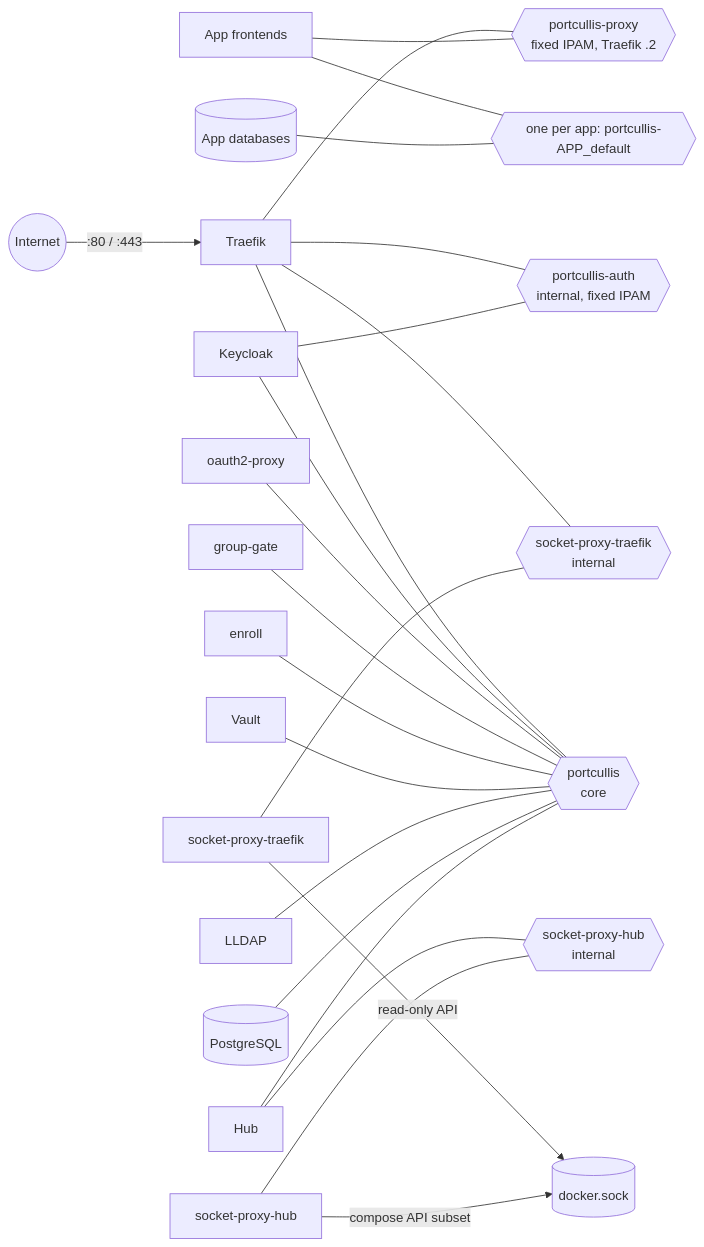
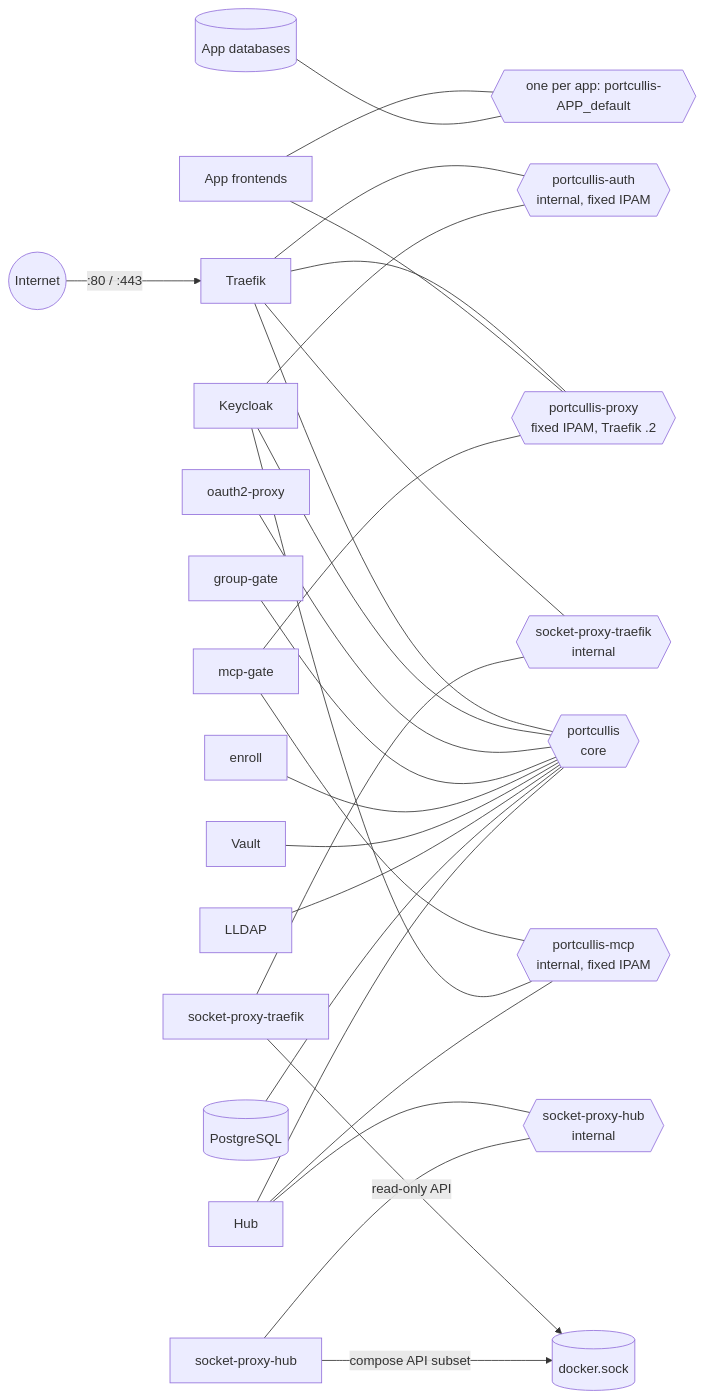
Before and after one commit to porelli/portcullis-docs: the diagram in docs/operations/hardening.md, drawn with Mermaid. The commit also changed other lines of this file and 74 other files, not shown here.

````diff
--- a/docs/operations/hardening.md
+++ b/docs/operations/hardening.md
@@ -107,32 +109,37 @@
 ```mermaid
 graph LR
     Internet((Internet)) -->|:80 / :443| T[Traefik]
 
     NP{{portcullis-proxy<br/>fixed IPAM, Traefik .2}}
     NA{{portcullis-auth<br/>internal, fixed IPAM}}
     NC{{portcullis<br/>core}}
     NST{{socket-proxy-traefik<br/>internal}}
     NSH{{socket-proxy-hub<br/>internal}}
 
     T --- NP
     T --- NA
     T --- NC
     T --- NST
     Apps[App frontends] --- NP
     Apps --- AppNet{{one per app: portcullis-APP_default}}
     AppDB[(App databases)] --- AppNet
     KC[Keycloak] --- NA
     KC --- NC
     O2[oauth2-proxy] --- NC
     GG[group-gate] --- NC
     En[enroll] --- NC
     V[Vault] --- NC
     LL[LLDAP] --- NC
     PG[(PostgreSQL)] --- NC
     Hub --- NC
     Hub --- NSH
+    NM{{portcullis-mcp<br/>internal, fixed IPAM}}
+    MG[mcp-gate] --- NM
+    MG --- NP
+    KC --- NM
+    Hub --- NM
     SPT[socket-proxy-traefik] --- NST
     SPH[socket-proxy-hub] --- NSH
     SPT -->|read-only API| Sock[(docker.sock)]
     SPH -->|compose API subset| Sock
 ```
````
